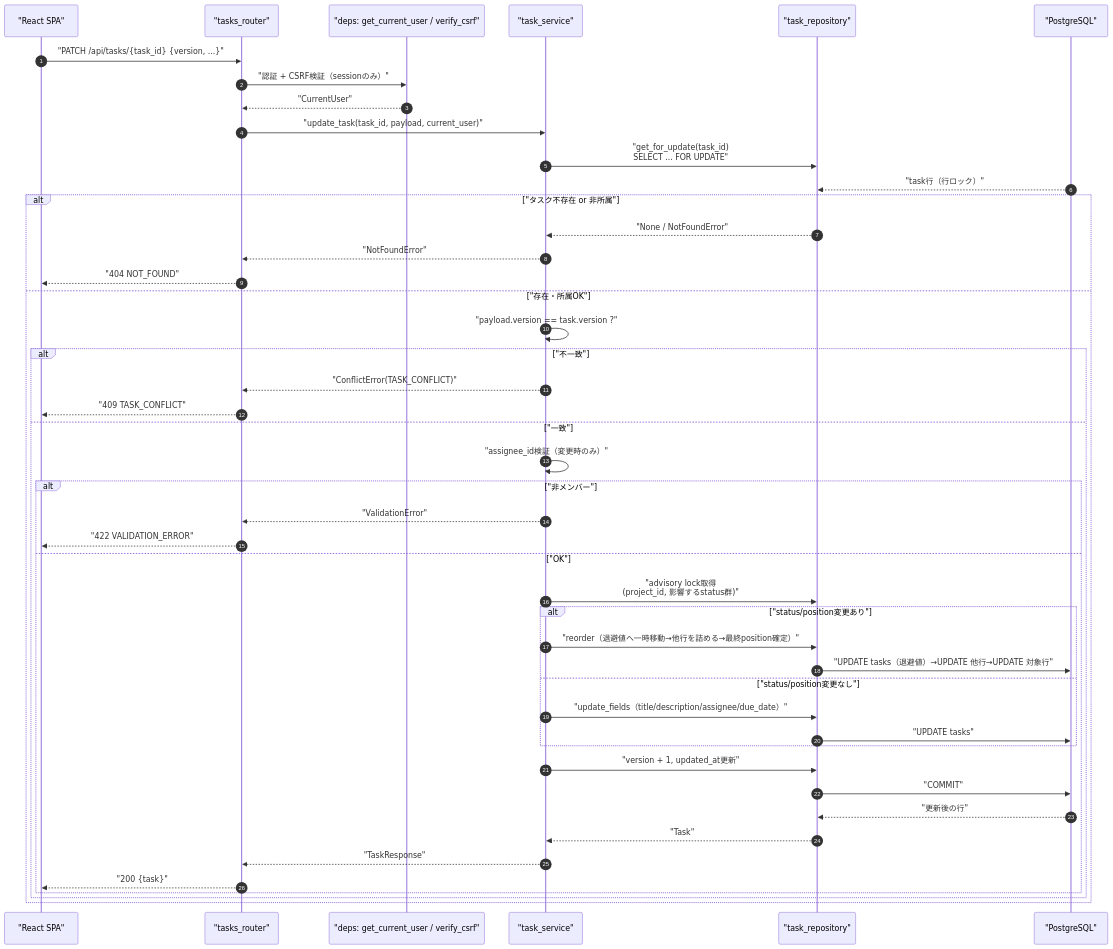
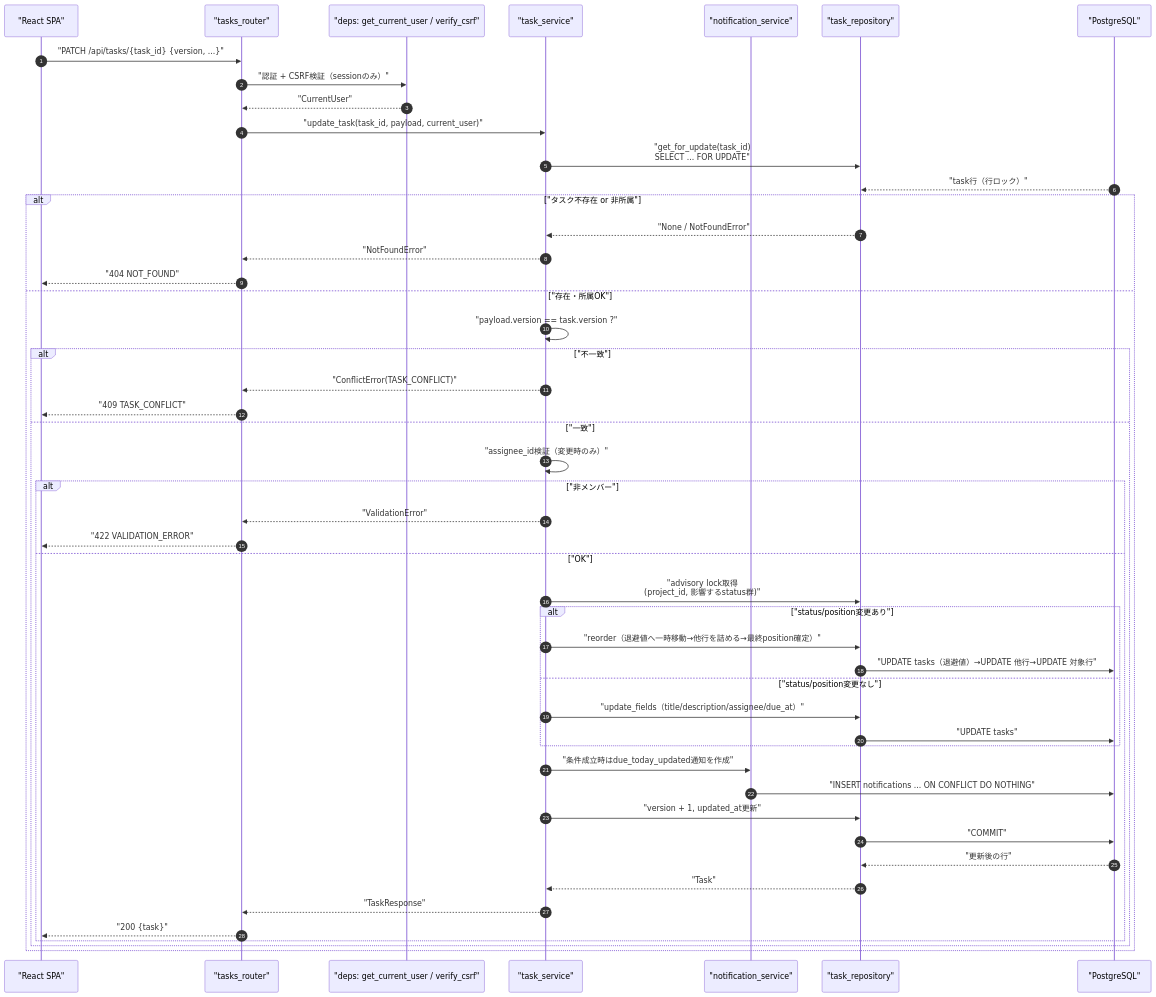
Before and after one commit to oikawa-d/task_management: the first of 4 diagrams in detailed_design/api/tasks/04_patch_task.md, drawn with Mermaid. The commit also changed other lines of this file and 31 other files, not shown here.

````diff
--- a/detailed_design/api/tasks/04_patch_task.md
+++ b/detailed_design/api/tasks/04_patch_task.md
@@ -105,49 +107,52 @@
 ```mermaid
 sequenceDiagram
     autonumber
     participant FE as "React SPA"
     participant R as "tasks_router"
     participant D as "deps: get_current_user / verify_csrf"
     participant S as "task_service"
+    participant NS as "notification_service"
     participant TR as "task_repository"
     participant PG as "PostgreSQL"
 
     FE->>R: "PATCH /api/tasks/{task_id} {version, ...}"
     R->>D: "認証 + CSRF検証（sessionのみ）"
     D-->>R: "CurrentUser"
     R->>S: "update_task(task_id, payload, current_user)"
     S->>TR: "get_for_update(task_id)<br/>SELECT ... FOR UPDATE"
     PG-->>TR: "task行（行ロック）"
     alt "タスク不存在 or 非所属"
         TR-->>S: "None / NotFoundError"
         S-->>R: "NotFoundError"
         R-->>FE: "404 NOT_FOUND"
     else "存在・所属OK"
         S->>S: "payload.version == task.version ?"
         alt "不一致"
             S-->>R: "ConflictError(TASK_CONFLICT)"
             R-->>FE: "409 TASK_CONFLICT"
         else "一致"
             S->>S: "assignee_id検証（変更時のみ）"
             alt "非メンバー"
                 S-->>R: "ValidationError"
                 R-->>FE: "422 VALIDATION_ERROR"
             else "OK"
                 S->>TR: "advisory lock取得<br/>(project_id, 影響するstatus群)"
                 alt "status/position変更あり"
                     S->>TR: "reorder（退避値へ一時移動→他行を詰める→最終position確定）"
                     TR->>PG: "UPDATE tasks（退避値）→UPDATE 他行→UPDATE 対象行"
                 else "status/position変更なし"
-                    S->>TR: "update_fields（title/description/assignee/due_date）"
+                    S->>TR: "update_fields（title/description/assignee/due_at）"
                     TR->>PG: "UPDATE tasks"
                 end
+                S->>NS: "条件成立時はdue_today_updated通知を作成"
+                NS->>PG: "INSERT notifications ... ON CONFLICT DO NOTHING"
                 S->>TR: "version + 1, updated_at更新"
                 TR->>PG: "COMMIT"
                 PG-->>TR: "更新後の行"
                 TR-->>S: "Task"
                 S-->>R: "TaskResponse"
                 R-->>FE: "200 {task}"
             end
         end
     end
 ```
````
